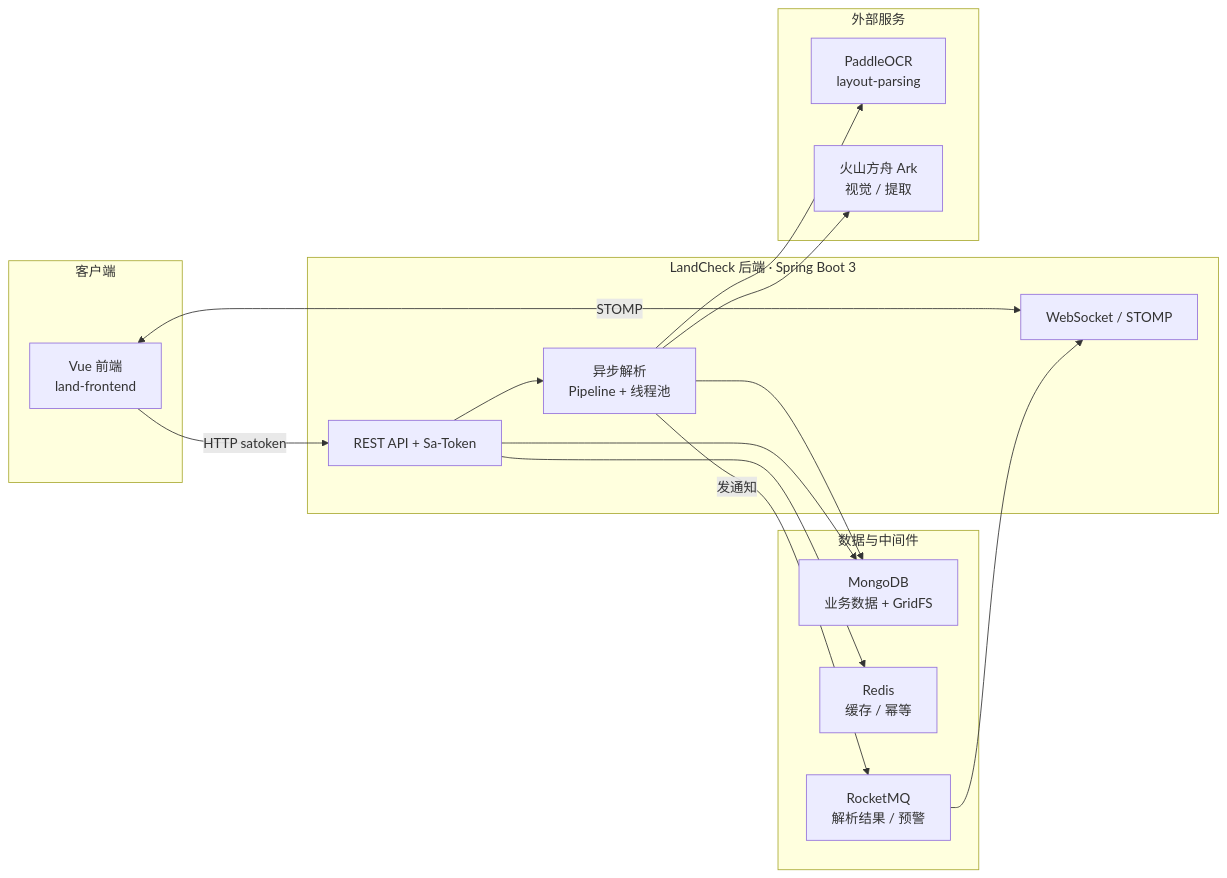
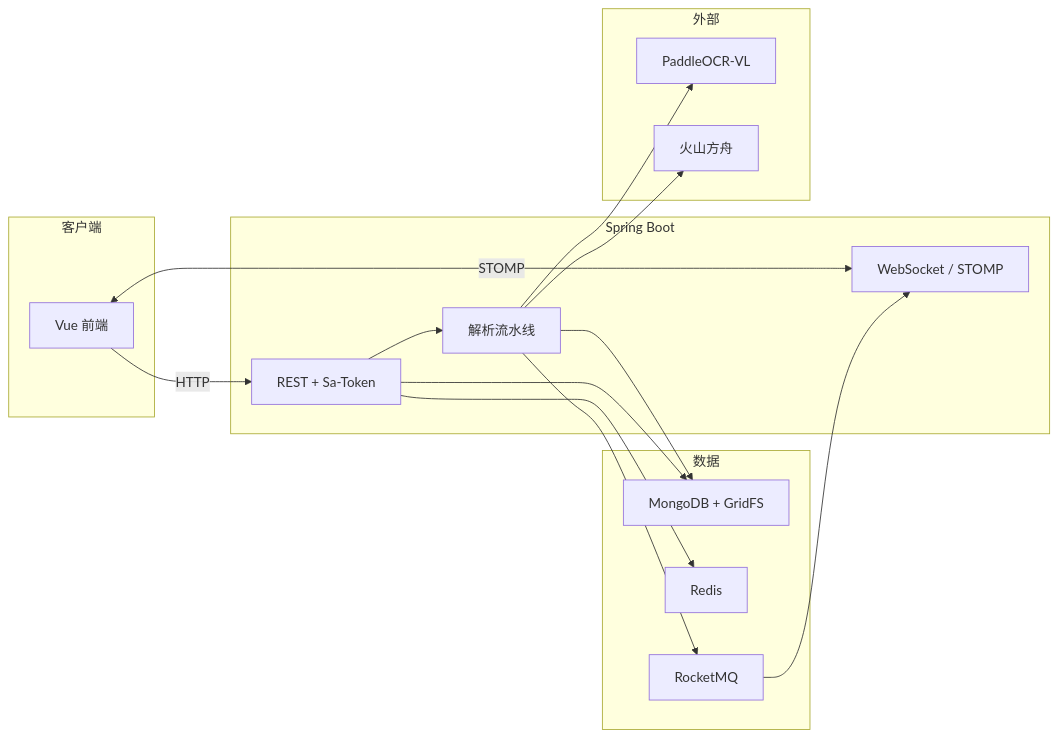
Before and after one commit to HongxHH/land-backend: the first of 2 diagrams in README.md, drawn with Mermaid. The commit also changed other lines of this file and 6 other files, not shown here.

````diff
--- a/README.md
+++ b/README.md
@@ -45,34 +24,34 @@
 ```mermaid
 flowchart LR
   subgraph Clients["客户端"]
-    FE["Vue 前端<br/>land-frontend"]
+    FE["Vue 前端"]
   end
 
-  subgraph App["LandCheck 后端 · Spring Boot 3"]
-    API["REST API + Sa-Token"]
+  subgraph App["Spring Boot"]
+    API["REST + Sa-Token"]
     WS["WebSocket / STOMP"]
-    PARSE["异步解析<br/>Pipeline + 线程池"]
+    PARSE["解析流水线"]
   end
 
-  subgraph Data["数据与中间件"]
-    MONGO["MongoDB<br/>业务数据 + GridFS"]
-    REDIS["Redis<br/>缓存 / 幂等"]
-    MQ["RocketMQ<br/>解析结果 / 预警"]
+  subgraph Data["数据"]
+    MONGO["MongoDB + GridFS"]
+    REDIS["Redis"]
+    MQ["RocketMQ"]
   end
 
-  subgraph Ext["外部服务"]
-    OCR["PaddleOCR<br/>layout-parsing"]
-    LLM["火山方舟 Ark<br/>视觉 / 提取"]
+  subgraph Ext["外部"]
+    OCR["PaddleOCR-VL"]
+    LLM["火山方舟"]
   end
 
-  FE -->|HTTP satoken| API
+  FE -->|HTTP| API
   FE <-->|STOMP| WS
   API --> PARSE
   PARSE --> MONGO
   PARSE --> OCR
   PARSE --> LLM
   API --> MONGO
   API --> REDIS
-  PARSE -->|发通知| MQ
+  PARSE --> MQ
   MQ --> WS
 ```
````
